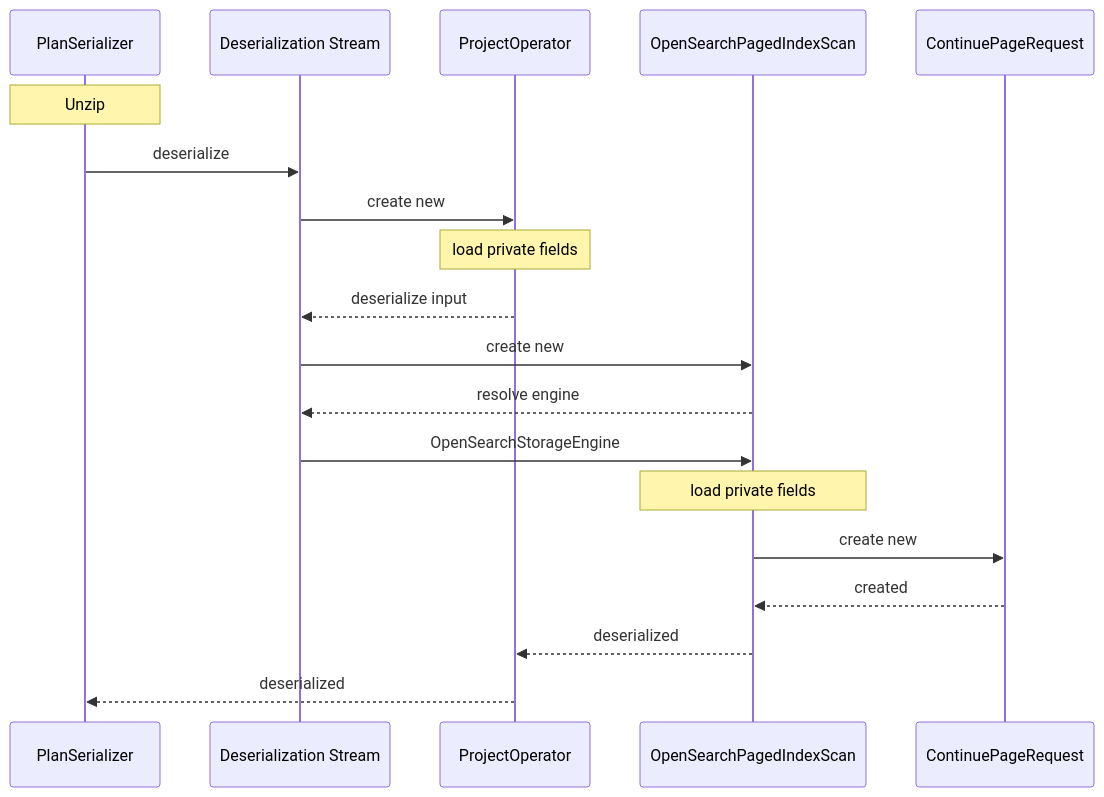
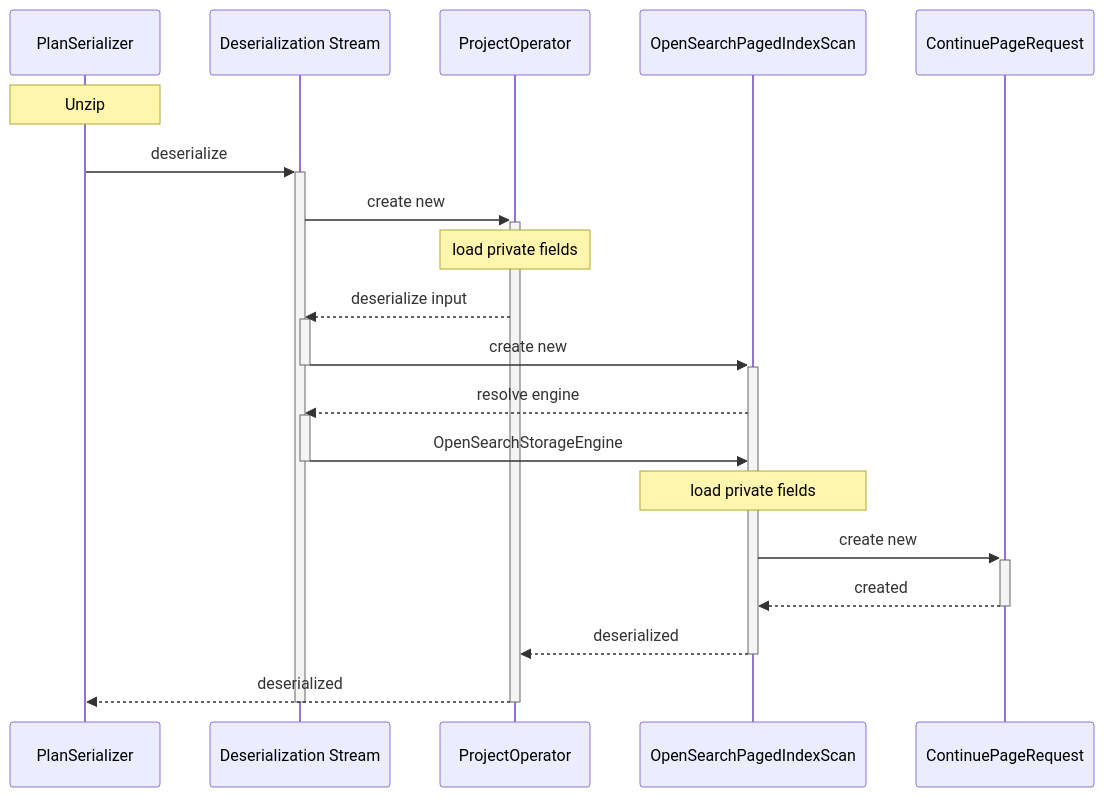
Before and after one commit to opensearch-project/sql: the fifth of 6 diagrams in docs/dev/Pagination-v2.md, drawn with Mermaid. The commit also changed other lines of this file, not shown here.

Commit message:
Update design graphs.

````diff
--- a/docs/dev/Pagination-v2.md
+++ b/docs/dev/Pagination-v2.md
@@ -228,22 +231,25 @@
 ```mermaid
 sequenceDiagram
     participant PlanSerializer
     participant Deserialization Stream
     participant ProjectOperator
     participant OpenSearchPagedIndexScan
     participant ContinuePageRequest
 
 Note over PlanSerializer: Unzip
-PlanSerializer->>Deserialization Stream:deserialize
-  Deserialization Stream->>ProjectOperator:create new
+PlanSerializer->>+Deserialization Stream: deserialize
+  Deserialization Stream->>+ProjectOperator: create new
     Note over ProjectOperator: load private fields
-    ProjectOperator-->>Deserialization Stream:deserialize input
-  Deserialization Stream->>OpenSearchPagedIndexScan:create new
-    OpenSearchPagedIndexScan-->>Deserialization Stream:resolve engine
-  Deserialization Stream->>OpenSearchPagedIndexScan:OpenSearchStorageEngine
+    ProjectOperator-->>Deserialization Stream: deserialize input
+  activate Deserialization Stream
+  Deserialization Stream->>+OpenSearchPagedIndexScan: create new
+  deactivate Deserialization Stream
+    OpenSearchPagedIndexScan-->>+Deserialization Stream: resolve engine
+  Deserialization Stream->>-OpenSearchPagedIndexScan: OpenSearchStorageEngine
     Note over OpenSearchPagedIndexScan: load private fields
-    OpenSearchPagedIndexScan->>ContinuePageRequest:create new
-      ContinuePageRequest-->>OpenSearchPagedIndexScan:created
-    OpenSearchPagedIndexScan-->>ProjectOperator:deserialized
-  ProjectOperator-->>PlanSerializer:deserialized
+    OpenSearchPagedIndexScan->>+ContinuePageRequest: create new
+      ContinuePageRequest-->>-OpenSearchPagedIndexScan: created
+    OpenSearchPagedIndexScan-->>-ProjectOperator: deserialized
+  ProjectOperator-->>-PlanSerializer: deserialized
+  deactivate Deserialization Stream
 ```
````
